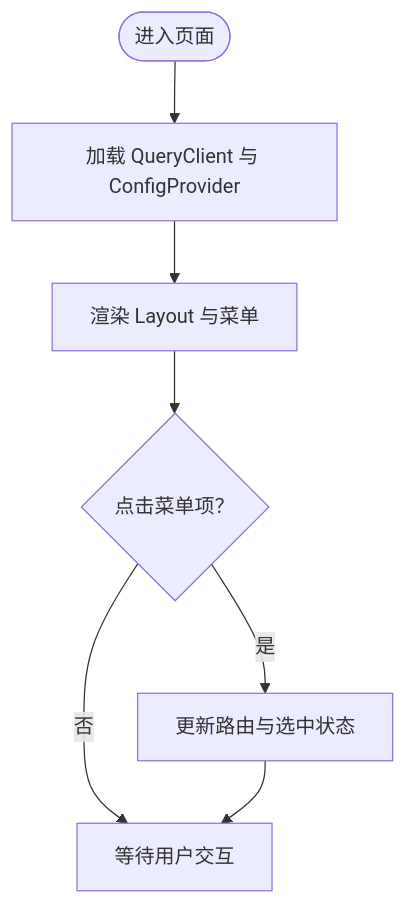
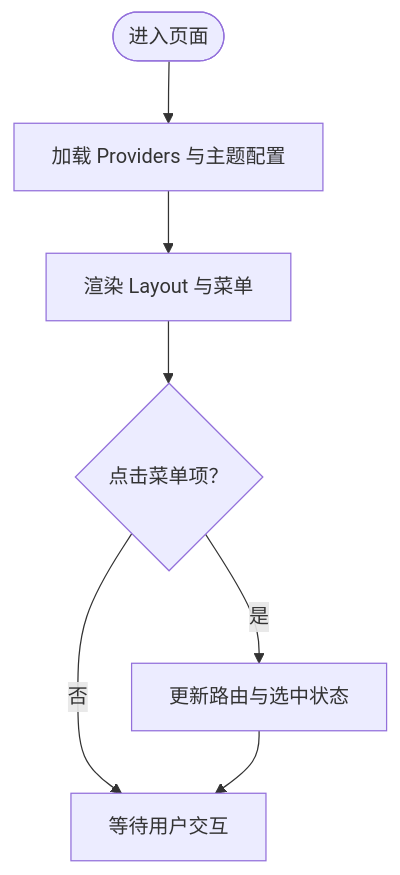
One commit to zhen-zhong/AeroLog changed the third of 9 diagrams in .qoder/repowiki/zh/content/Web控制台/Web控制台.md. Above: the diagram before and after it, drawn with Mermaid. The commit also changed other lines of this file and 105 other files, not shown here.

````diff
--- a/.qoder/repowiki/zh/content/Web控制台/Web控制台.md
+++ b/.qoder/repowiki/zh/content/Web控制台/Web控制台.md
@@ -178,9 +208,9 @@
 ```mermaid
 flowchart TD
-Start(["进入页面"]) --> Load["加载 QueryClient 与 ConfigProvider"]
+Start(["进入页面"]) --> Load["加载 Providers 与主题配置"]
 Load --> Render["渲染 Layout 与菜单"]
 Render --> Select{"点击菜单项？"}
 Select --> |是| Navigate["更新路由与选中状态"]
 Select --> |否| Wait["等待用户交互"]
 Navigate --> Wait
 ```
````
